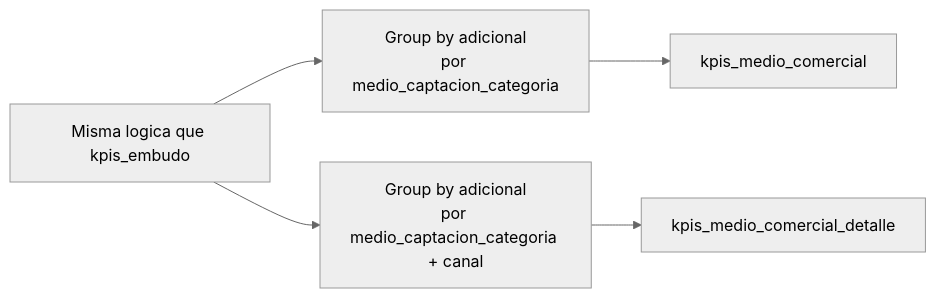
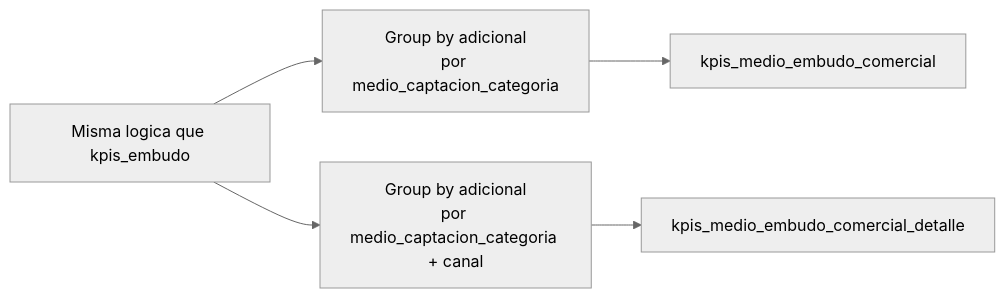
One commit to edwardvelo-performance/docs changed the diagram in business_logic/05_dashboard_calc/kpis_medio_captacion.md. Above: the diagram before and after it, drawn with Mermaid (neutral theme). The commit also changed other lines of this file and 15 other files, not shown here.

````diff
--- a/business_logic/05_dashboard_calc/kpis_medio_captacion.md
+++ b/business_logic/05_dashboard_calc/kpis_medio_captacion.md
@@ -43,7 +42,7 @@
 ```mermaid
 flowchart LR
     A["Misma logica que kpis_embudo"] --> B["Group by adicional<br/>por medio_captacion_categoria"]
-    B --> C["kpis_medio_comercial"]
+    B --> C["kpis_medio_embudo_comercial"]
     A --> D["Group by adicional<br/>por medio_captacion_categoria + canal"]
-    D --> E["kpis_medio_comercial_detalle"]
+    D --> E["kpis_medio_embudo_comercial_detalle"]
 ```
````
